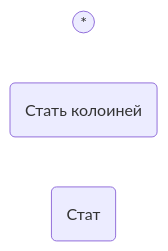
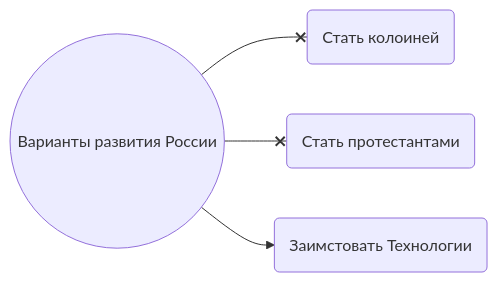
The first of 2 diagrams in Учеба КНИТУ/История России/Конспекты лекций/История России 31.10.26.md (wesdyqq/study-sync), drawn with Mermaid before and after one commit. The commit also changed other lines of this file and 4 other files, not shown here.

````diff
--- a/Учеба КНИТУ/История России/Конспекты лекций/История России 31.10.26.md
+++ b/Учеба КНИТУ/История России/Конспекты лекций/История России 31.10.26.md
@@ -19,7 +19,13 @@
 ```mermaid
    flowchart LR
-   A((*))
-   B("Стать колоиней")
-   C("Стат")
+   
+	   A--xB
+	   A--xC
+	   A-->D
+	   
+	   A((Варианты развития России))
+	   B("Стать колоиней")
+	   C("Стать протестантами")
+	   D("Заимстовать Технологии")
    
 ```
````
